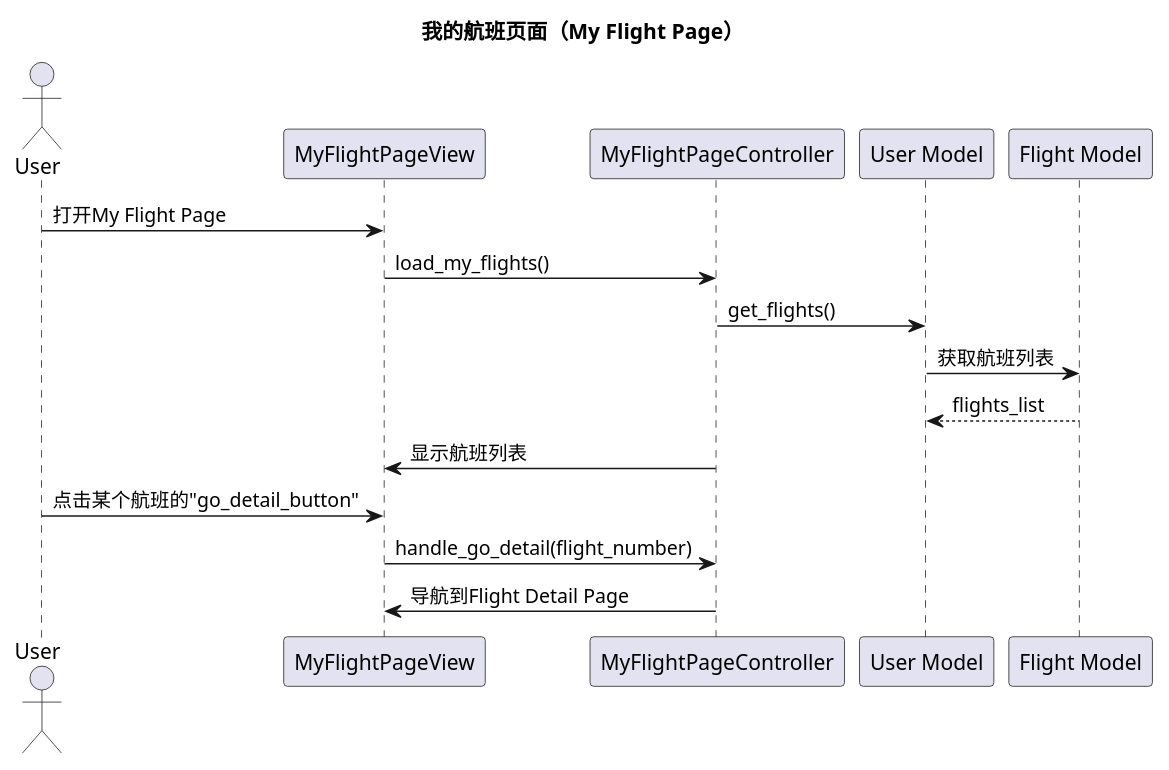
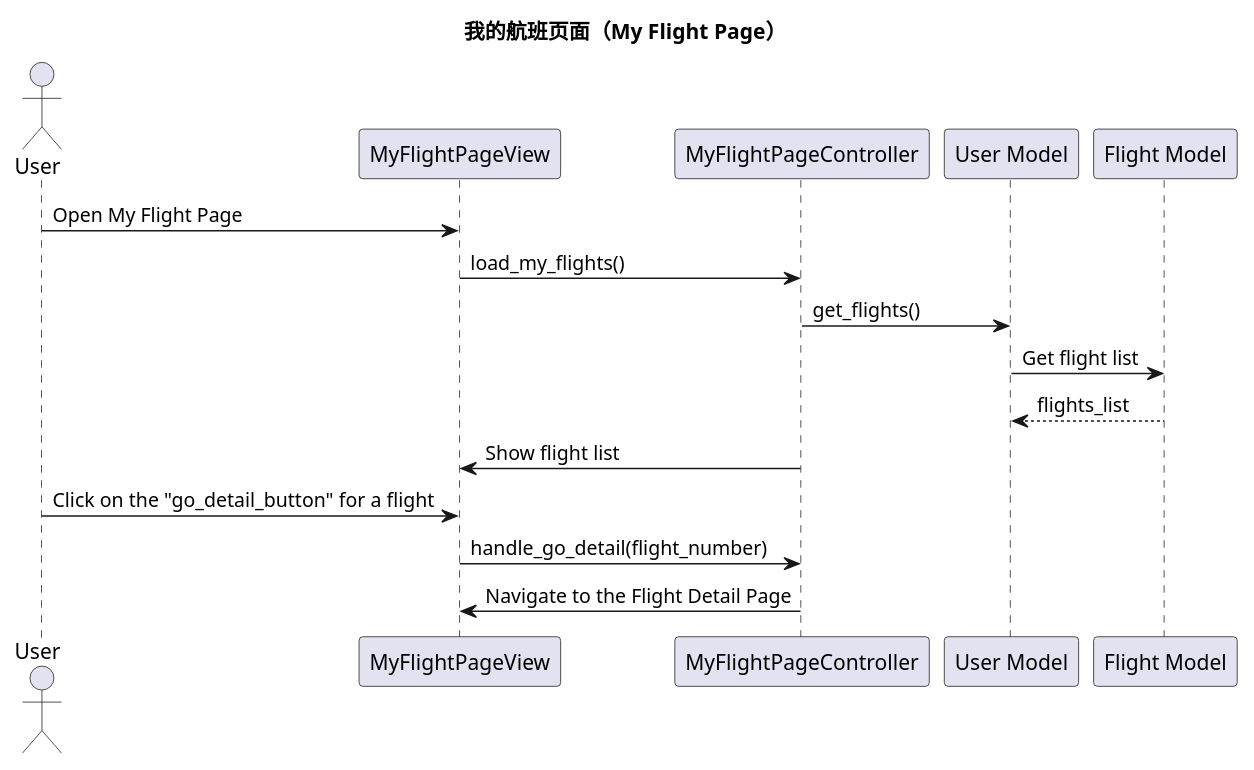
One commit to violeteye1234/group23_COMPS350F changed diagram 12 of 16 in planing/class_diagrams.md. Above: the diagram before and after it, drawn with PlantUML. The commit also changed other lines of this file and 45 other files, not shown here.

````diff
--- a/planing/class_diagrams.md
+++ b/planing/class_diagrams.md
@@ -365,21 +365,21 @@
 ```plantuml
 @startuml
 title 我的航班页面（My Flight Page）
 
 actor User
 participant "MyFlightPageView" as View
 participant "MyFlightPageController" as Controller
 participant "User Model" as UserModel
 participant "Flight Model" as FlightModel
 
-User -> View: 打开My Flight Page
+User -> View: Open My Flight Page
 View -> Controller: load_my_flights()
 Controller -> UserModel: get_flights()
-UserModel -> FlightModel: 获取航班列表
+UserModel -> FlightModel: Get flight list
 FlightModel --> UserModel: flights_list
-Controller -> View: 显示航班列表
-User -> View: 点击某个航班的"go_detail_button"
+Controller -> View: Show flight list
+User -> View: Click on the "go_detail_button" for a flight
 View -> Controller: handle_go_detail(flight_number)
-Controller -> View: 导航到Flight Detail Page
+Controller -> View: Navigate to the Flight Detail Page
 @enduml
 ```
````
